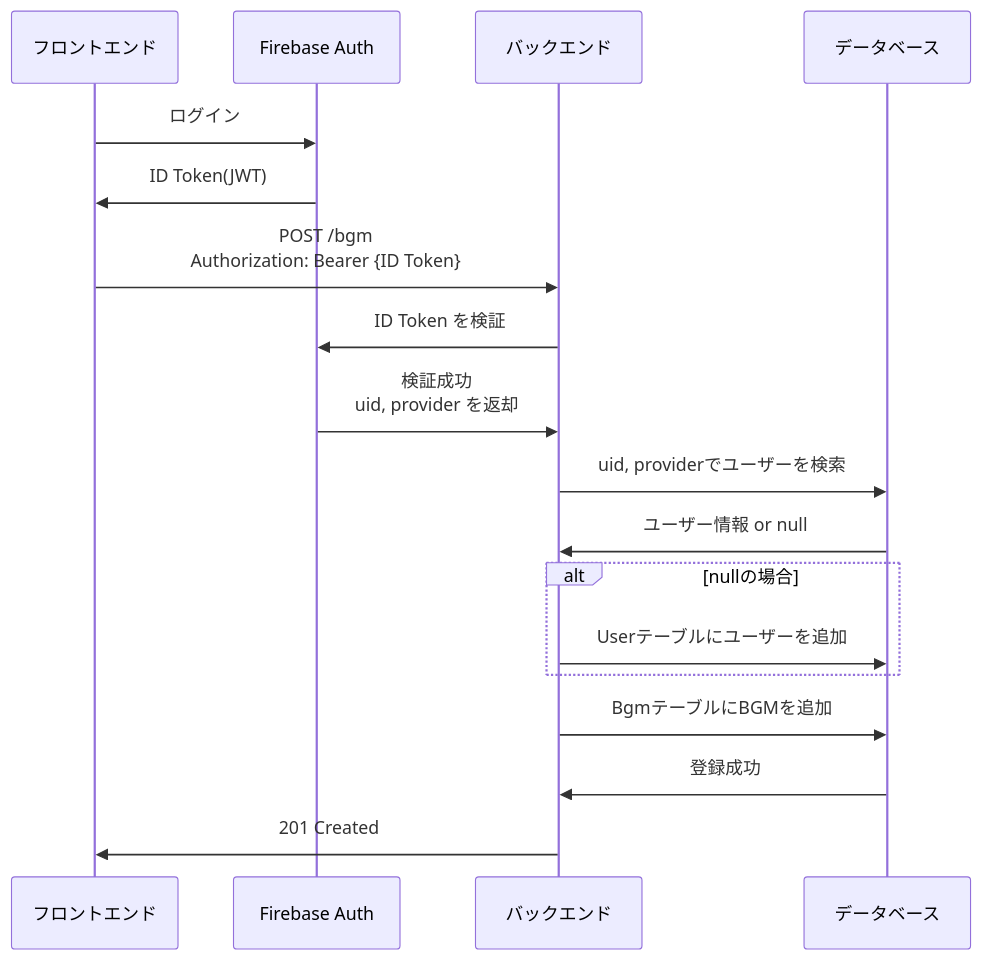
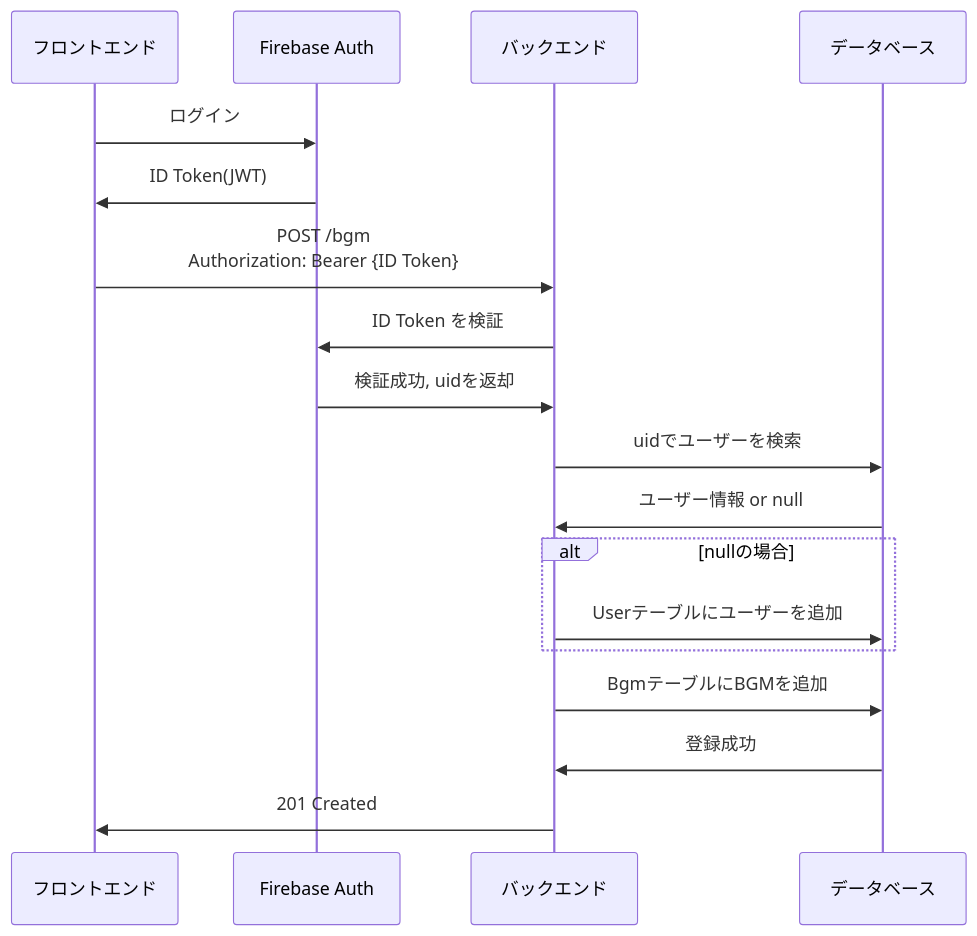
Before and after one commit to kagomen/bgm-api-springboot: the diagram in docs/sequence.md, drawn with Mermaid. The commit also changed other lines of this file and 5 other files, not shown here.

````diff
--- a/docs/sequence.md
+++ b/docs/sequence.md
@@ -5,26 +5,26 @@
 ```mermaid
 sequenceDiagram
   participant FE as フロントエンド
   participant Firebase as Firebase Auth
   participant BE as バックエンド
   participant DB as データベース
 
   FE->>Firebase: ログイン
   Firebase->>FE: ID Token(JWT)
 
   FE->>BE: POST /bgm<br />Authorization: Bearer {ID Token}
   BE->>Firebase: ID Token を検証
-  Firebase->>BE: 検証成功<br />uid, provider を返却
+  Firebase->>BE: 検証成功, uidを返却
 
-  BE->>DB: uid, providerでユーザーを検索
+  BE->>DB: uidでユーザーを検索
   DB->>BE: ユーザー情報 or null
 
   alt nullの場合
       BE->>DB: Userテーブルにユーザーを追加
   end
 
   BE->>DB: BgmテーブルにBGMを追加
   DB->>BE: 登録成功
 
   BE->>FE: 201 Created
 ```
````
